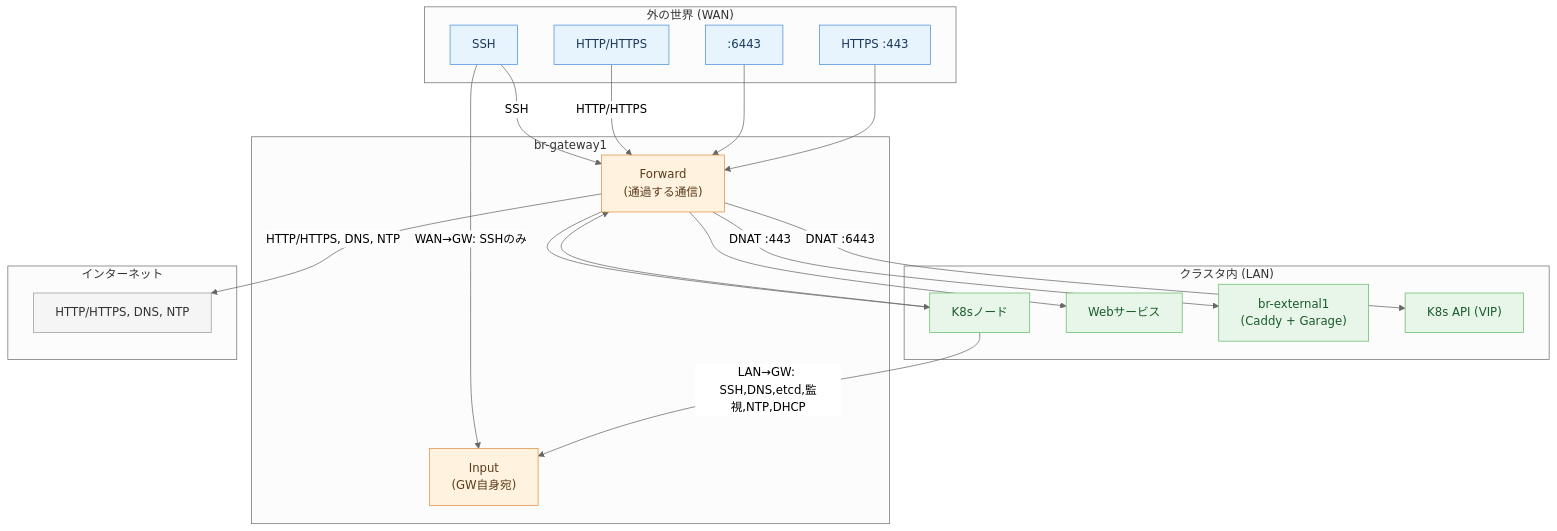
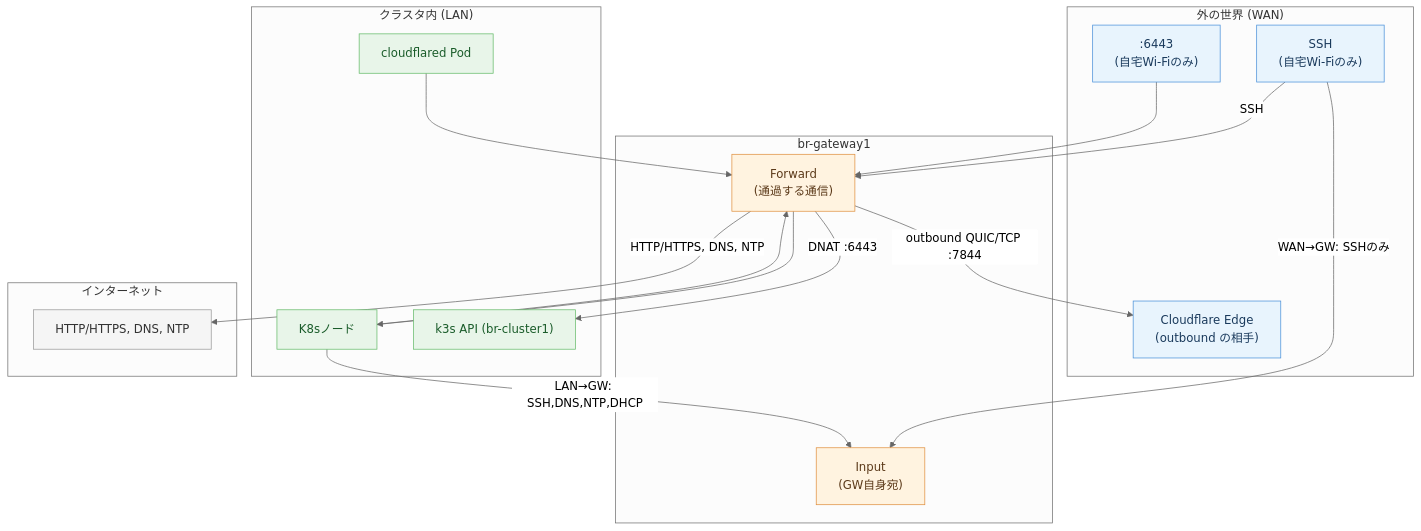
One commit to bright-room/br-cluster changed the eighth of 8 diagrams in docs/network-nftables-guide.md. Above: the diagram before and after it, drawn with Mermaid (neutral theme). The commit also changed other lines of this file and 3 other files, not shown here.

First line of the commit message:
fix: shutdown-cluster の external グループ参照と envoy の OTel 参照を撤去

````diff
--- a/docs/network-nftables-guide.md
+++ b/docs/network-nftables-guide.md
@@ -244,55 +185,49 @@
 ```mermaid
 graph TB
     subgraph wan ["外の世界 (WAN)"]
-        ExtSSH["SSH"]
-        ExtHTTPS["HTTPS :443"]
-        ExtK8s[":6443"]
-        ExtWeb["HTTP/HTTPS"]
+        ExtSSH["SSH<br/>(自宅Wi-Fiのみ)"]
+        ExtK8s[":6443<br/>(自宅Wi-Fiのみ)"]
+        CFEdge["Cloudflare Edge<br/>(outbound の相手)"]
     end
 
     subgraph gw ["br-gateway1"]
         Input["Input<br/>(GW自身宛)"]
         Forward["Forward<br/>(通過する通信)"]
     end
 
     subgraph lan ["クラスタ内 (LAN)"]
         Nodes["K8sノード"]
-        WebSvc["Webサービス"]
-        External["br-external1<br/>(Caddy + Garage)"]
-        K8sAPI["K8s API (VIP)"]
+        K8sAPI["k3s API (br-cluster1)"]
+        CFD["cloudflared Pod"]
     end
 
     subgraph outbound ["インターネット"]
         Internet["HTTP/HTTPS, DNS, NTP"]
     end
 
     %% Input
     ExtSSH -->|"WAN→GW: SSHのみ"| Input
-    Nodes -->|"LAN→GW: SSH,DNS,etcd,監視,NTP,DHCP"| Input
+    Nodes -->|"LAN→GW: SSH,DNS,NTP,DHCP"| Input
 
-    %% Forward WAN→LAN
+    %% Forward WAN→LAN (家 LAN 発のみ)
     ExtSSH -->|"SSH"| Forward
     Forward --> Nodes
-    ExtWeb -->|"HTTP/HTTPS"| Forward
-    Forward --> WebSvc
     ExtK8s --> Forward
     Forward -->|"DNAT :6443"| K8sAPI
-    ExtHTTPS --> Forward
-    Forward -->|"DNAT :443"| External
 
     %% Forward LAN→WAN
     Nodes --> Forward
     Forward -->|"HTTP/HTTPS, DNS, NTP"| Internet
+    CFD --> Forward
+    Forward -->|"outbound QUIC/TCP :7844"| CFEdge
 
     style ExtSSH fill:#e8f4fd,stroke:#4a90d9,color:#1a3a5c
-    style ExtHTTPS fill:#e8f4fd,stroke:#4a90d9,color:#1a3a5c
     style ExtK8s fill:#e8f4fd,stroke:#4a90d9,color:#1a3a5c
-    style ExtWeb fill:#e8f4fd,stroke:#4a90d9,color:#1a3a5c
+    style CFEdge fill:#e8f4fd,stroke:#4a90d9,color:#1a3a5c
     style Input fill:#fff3e0,stroke:#e09040,color:#5c3a1a
     style Forward fill:#fff3e0,stroke:#e09040,color:#5c3a1a
     style Nodes fill:#e8f5e9,stroke:#66bb6a,color:#1a5c2a
-    style WebSvc fill:#e8f5e9,stroke:#66bb6a,color:#1a5c2a
-    style External fill:#e8f5e9,stroke:#66bb6a,color:#1a5c2a
     style K8sAPI fill:#e8f5e9,stroke:#66bb6a,color:#1a5c2a
+    style CFD fill:#e8f5e9,stroke:#66bb6a,color:#1a5c2a
     style Internet fill:#f5f5f5,stroke:#999,color:#333
 ```
````
